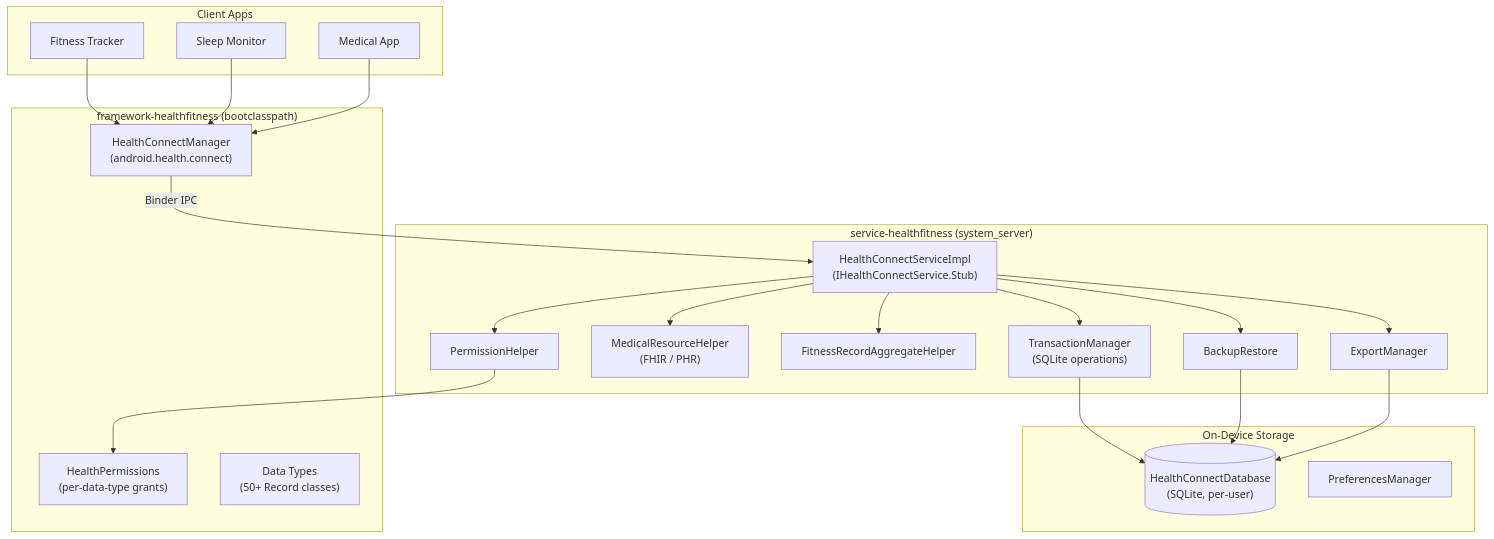
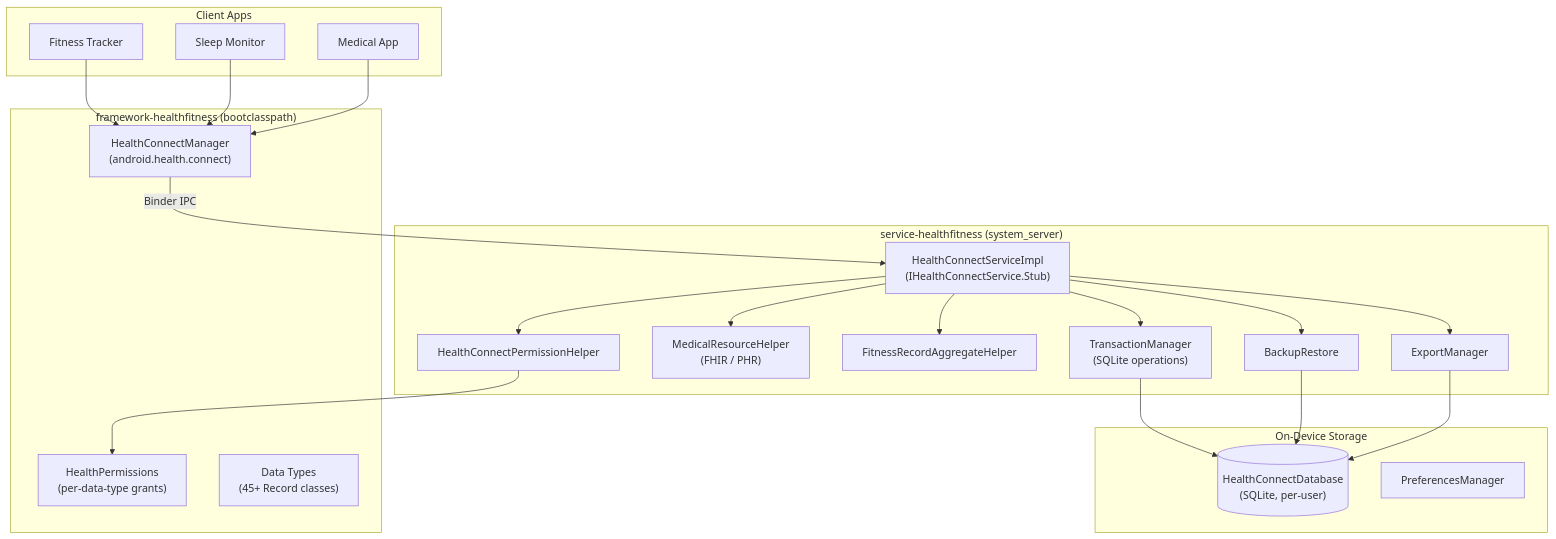
One commit to aospbooks/aosp-internal-book changed diagram 15 of 21 in 54-mainline-modules.md. Above: the diagram before and after it, drawn with Mermaid. The commit also changed other lines of this file and 218 other files, not shown here.

````diff
--- a/54-mainline-modules.md
+++ b/54-mainline-modules.md
@@ -3100,44 +3150,44 @@
 ```mermaid
 graph TB
     subgraph "Client Apps"
         APP1["Fitness Tracker"]
         APP2["Sleep Monitor"]
         APP3["Medical App"]
     end
 
     subgraph "framework-healthfitness (bootclasspath)"
         HCM["HealthConnectManager<br/>(android.health.connect)"]
         PERMS["HealthPermissions<br/>(per-data-type grants)"]
-        DT["Data Types<br/>(50+ Record classes)"]
+        DT["Data Types<br/>(45+ Record classes)"]
     end
 
     subgraph "service-healthfitness (system_server)"
         HCSI["HealthConnectServiceImpl<br/>(IHealthConnectService.Stub)"]
         TXM["TransactionManager<br/>(SQLite operations)"]
         FHIR["MedicalResourceHelper<br/>(FHIR / PHR)"]
         AGG["FitnessRecordAggregateHelper"]
         BKP["BackupRestore"]
         EXP["ExportManager"]
-        PERM_H["PermissionHelper"]
+        PERM_H["HealthConnectPermissionHelper"]
     end
 
     subgraph "On-Device Storage"
         DB[("HealthConnectDatabase<br/>(SQLite, per-user)")]
         PREFS["PreferencesManager"]
     end
 
     APP1 --> HCM
     APP2 --> HCM
     APP3 --> HCM
     HCM -->|Binder IPC| HCSI
     HCSI --> TXM
     HCSI --> FHIR
     HCSI --> AGG
     HCSI --> BKP
     HCSI --> EXP
     HCSI --> PERM_H
     TXM --> DB
     BKP --> DB
     EXP --> DB
     PERM_H --> PERMS
 ```
````
